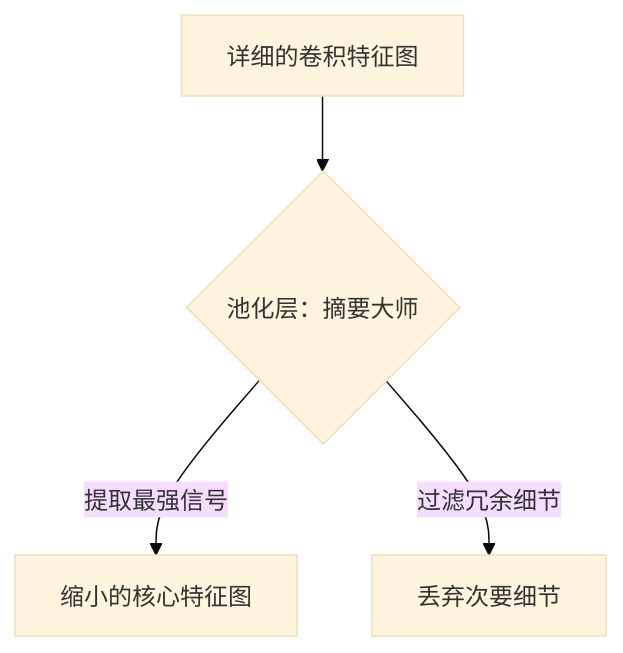
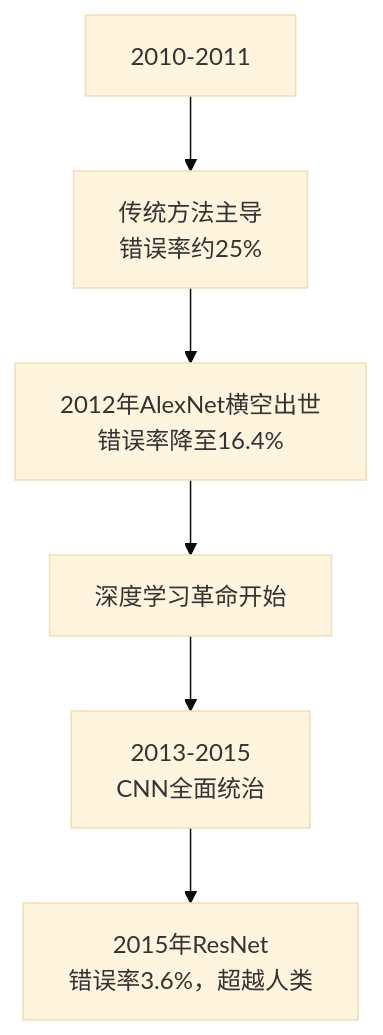
The sixth of 10 diagrams in docs/AI/2.深度学习/4.卷积神经网络/index.md (Kgumo/Note), drawn with Mermaid (base theme) before and after one commit. The commit also changed other lines of this file and 60 other files, not shown here.

````diff
--- a/docs/AI/2.深度学习/4.卷积神经网络/index.md
+++ b/docs/AI/2.深度学习/4.卷积神经网络/index.md
@@ -377,6 +611,8 @@
 ```mermaid
-flowchart TD
-    A[详细的卷积特征图] --> B{池化层：摘要大师}
-    B -- 提取最强信号 --> C[缩小的核心特征图]
-    B -- 过滤冗余细节 --> D[丢弃次要细节]
+graph TD
+A[2010-2011] --> B[传统方法主导<br>错误率约25%]
+B --> C[2012年AlexNet横空出世<br>错误率降至16.4%]
+C --> D[深度学习革命开始]
+D --> E[2013-2015<br>CNN全面统治]
+E --> F[2015年ResNet<br>错误率3.6%，超越人类]
 ```
````
